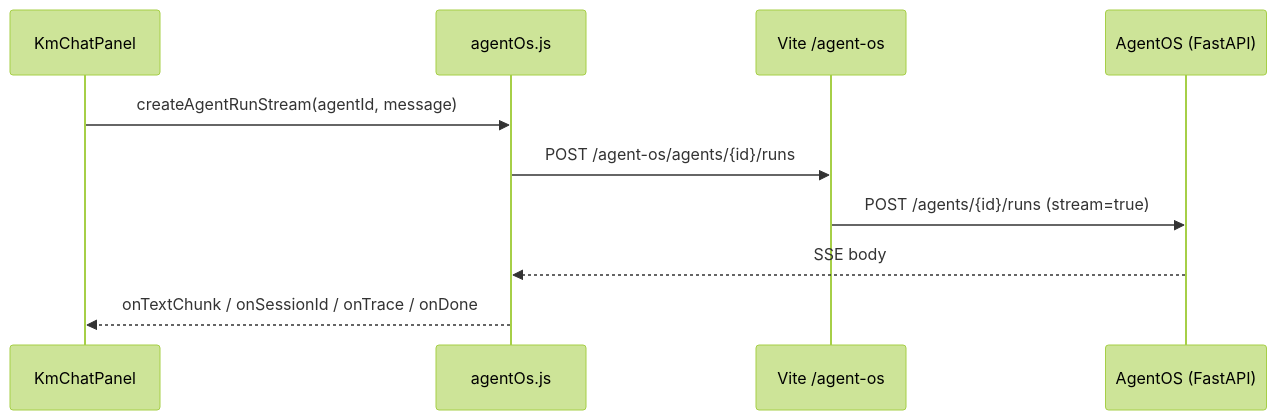
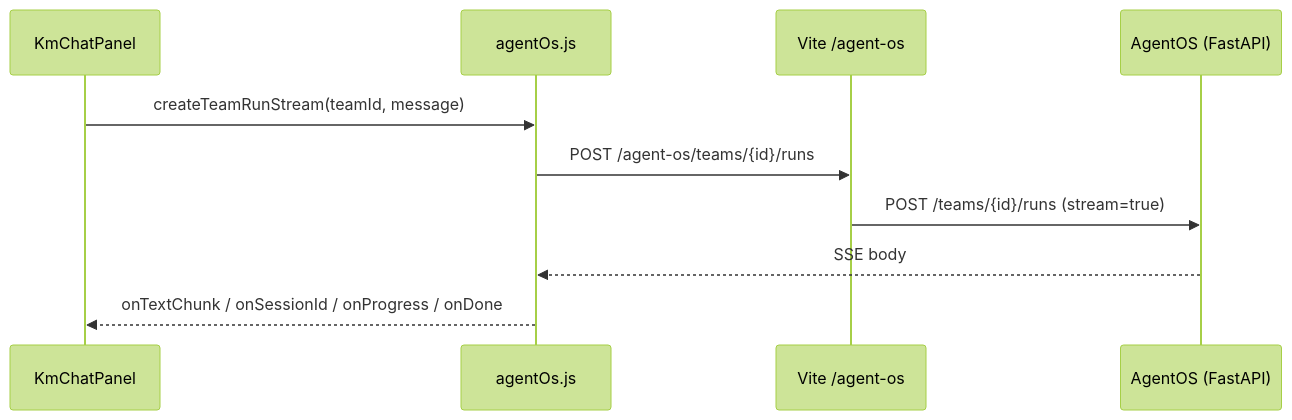
Before and after one commit to jbcodeforce/km-agent: the diagram in src/frontend/README.md, drawn with Mermaid (forest theme). The commit also changed other lines of this file and 17 other files, not shown here.

````diff
--- a/src/frontend/README.md
+++ b/src/frontend/README.md
@@ -34,13 +34,13 @@
 ```mermaid
 sequenceDiagram
   participant UI as KmChatPanel
   participant API as agentOs.js
   participant Proxy as Vite /agent-os
   participant OS as AgentOS (FastAPI)
 
-  UI->>API: createAgentRunStream(agentId, message)
-  API->>Proxy: POST /agent-os/agents/{id}/runs
-  Proxy->>OS: POST /agents/{id}/runs (stream=true)
+  UI->>API: createTeamRunStream(teamId, message)
+  API->>Proxy: POST /agent-os/teams/{id}/runs
+  Proxy->>OS: POST /teams/{id}/runs (stream=true)
   OS-->>API: SSE body
-  API-->>UI: onTextChunk / onSessionId / onTrace / onDone
+  API-->>UI: onTextChunk / onSessionId / onProgress / onDone
 ```
````
